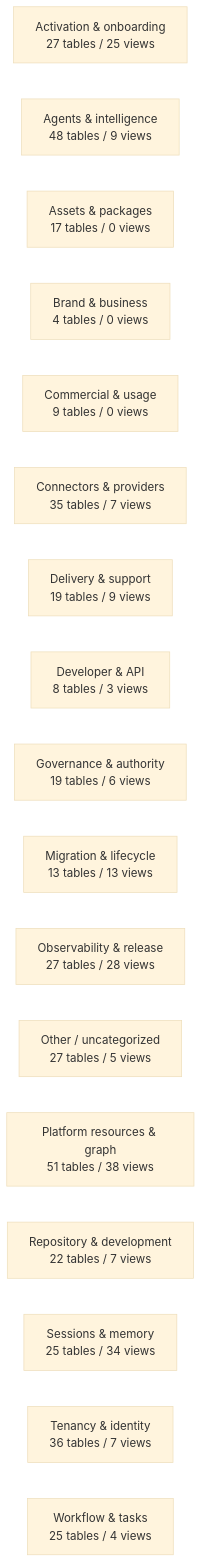
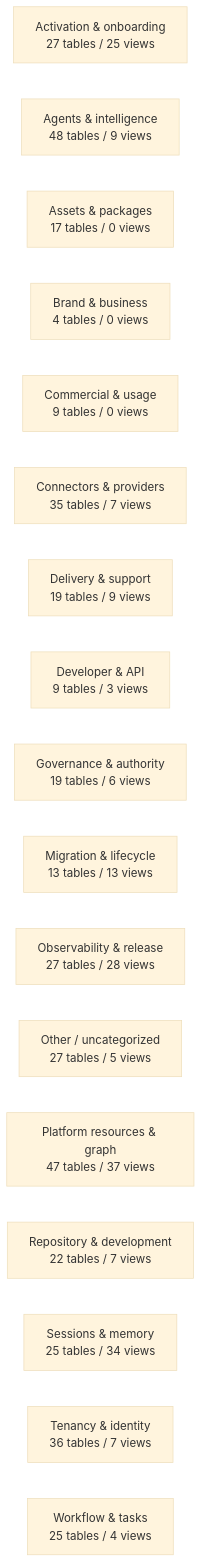
Before and after one commit to mad4bdigital-ai/multi-business-multi-role-growth-intelligence-os: the diagram in docs/work-maps/data-model-domain-map.md, drawn with Mermaid (base theme). The commit also changed other lines of this file and 8 other files, not shown here.

````diff
--- a/docs/work-maps/data-model-domain-map.md
+++ b/docs/work-maps/data-model-domain-map.md
@@ -9,20 +9,20 @@
 ```mermaid
 flowchart LR
   n_Activation___onboarding["Activation & onboarding<br/>27 tables / 25 views"]
   n_Agents___intelligence["Agents & intelligence<br/>48 tables / 9 views"]
   n_Assets___packages["Assets & packages<br/>17 tables / 0 views"]
   n_Brand___business["Brand & business<br/>4 tables / 0 views"]
   n_Commercial___usage["Commercial & usage<br/>9 tables / 0 views"]
   n_Connectors___providers["Connectors & providers<br/>35 tables / 7 views"]
   n_Delivery___support["Delivery & support<br/>19 tables / 9 views"]
-  n_Developer___API["Developer & API<br/>8 tables / 3 views"]
+  n_Developer___API["Developer & API<br/>9 tables / 3 views"]
   n_Governance___authority["Governance & authority<br/>19 tables / 6 views"]
   n_Migration___lifecycle["Migration & lifecycle<br/>13 tables / 13 views"]
   n_Observability___release["Observability & release<br/>27 tables / 28 views"]
   n_Other___uncategorized["Other / uncategorized<br/>27 tables / 5 views"]
-  n_Platform_resources___graph["Platform resources & graph<br/>51 tables / 38 views"]
+  n_Platform_resources___graph["Platform resources & graph<br/>47 tables / 37 views"]
   n_Repository___development["Repository & development<br/>22 tables / 7 views"]
   n_Sessions___memory["Sessions & memory<br/>25 tables / 34 views"]
   n_Tenancy___identity["Tenancy & identity<br/>36 tables / 7 views"]
   n_Workflow___tasks["Workflow & tasks<br/>25 tables / 4 views"]
 ```
````
